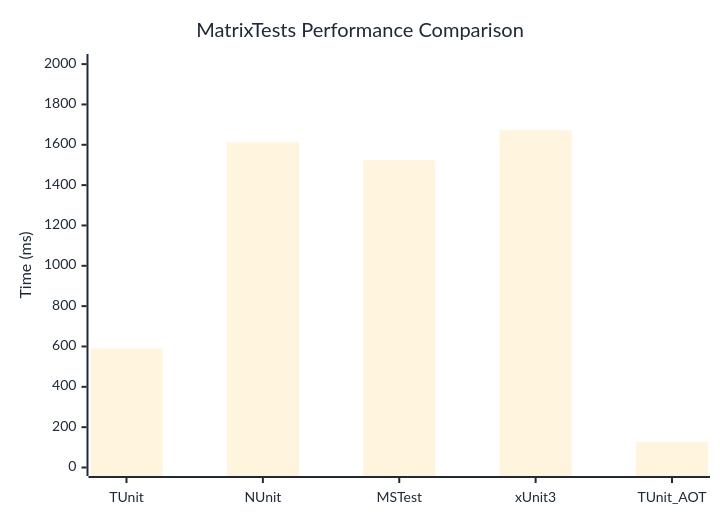
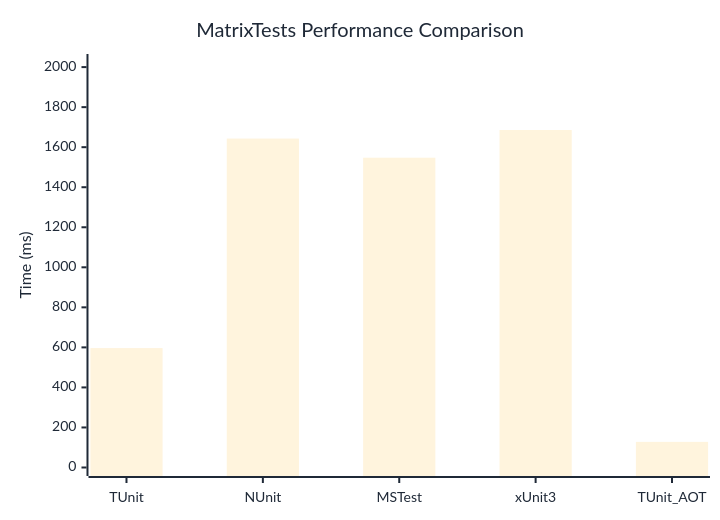
One commit to thomhurst/TUnit changed the diagram in docs/docs/benchmarks/MatrixTests.md. Above: the diagram before and after it, drawn with Mermaid. The commit also changed other lines of this file and 17 other files, not shown here.

````diff
--- a/docs/docs/benchmarks/MatrixTests.md
+++ b/docs/docs/benchmarks/MatrixTests.md
@@ -27,37 +27,37 @@
 ```mermaid
 %%{init: {
   'theme':'base',
   'themeVariables': {
     'primaryColor': '#2563eb',
     'primaryTextColor': '#1f2937',
     'primaryBorderColor': '#1e40af',
     'lineColor': '#6b7280',
     'secondaryColor': '#7c3aed',
     'tertiaryColor': '#dc2626',
     'background': '#ffffff',
     'mainBkg': '#2563eb',
     'secondBkg': '#7c3aed',
     'tertiaryBkg': '#dc2626',
     'clusterBkg': '#f3f4f6',
     'edgeLabelBackground': '#ffffff',
     'tertiaryTextColor': '#1f2937',
     'pie1': '#2563eb',
     'pie2': '#7c3aed',
     'pie3': '#dc2626',
     'pie4': '#f59e0b',
     'pie5': '#10b981',
     'pie6': '#06b6d4',
     'pie7': '#ec4899',
     'pie8': '#6366f1',
     'pie9': '#84cc16',
     'pie10': '#f97316',
     'pie11': '#14b8a6',
     'pie12': '#a855f7'
   }
 }}%%
 xychart-beta
   title "MatrixTests Performance Comparison"
   x-axis ["TUnit", "NUnit", "MSTest", "xUnit3", "TUnit_AOT"]
-  y-axis "Time (ms)" 0 --> 2008
-  bar [590.1, 1612, 1523.4, 1672.7, 126.9]
+  y-axis "Time (ms)" 0 --> 2023
+  bar [596.5, 1643, 1547.4, 1685.7, 128]
 ```
````
